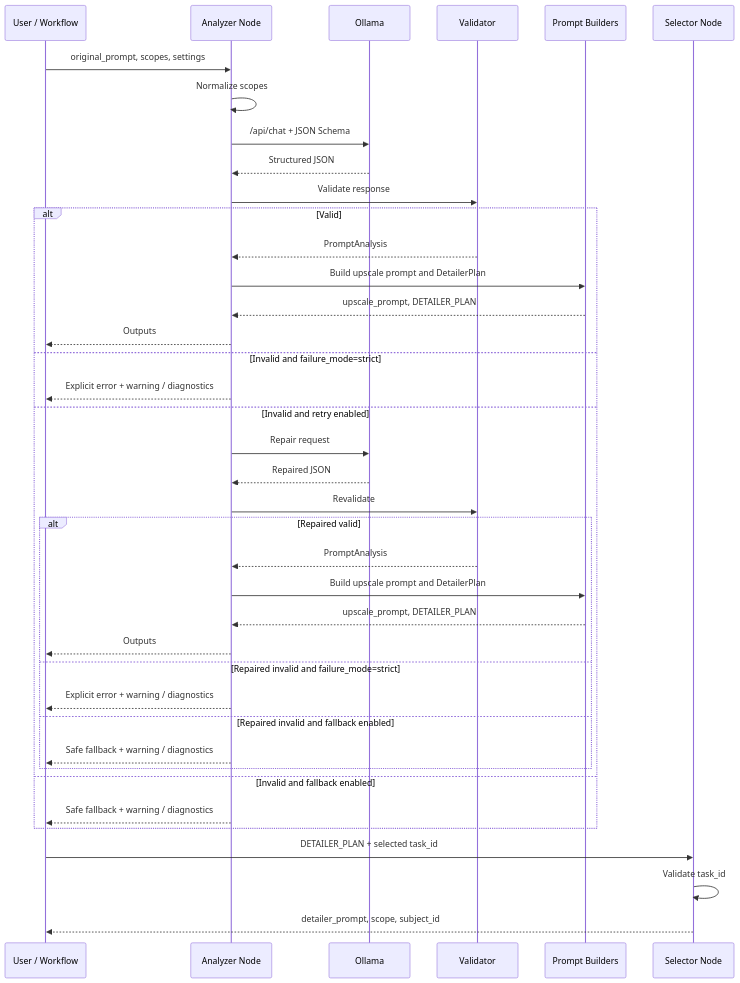
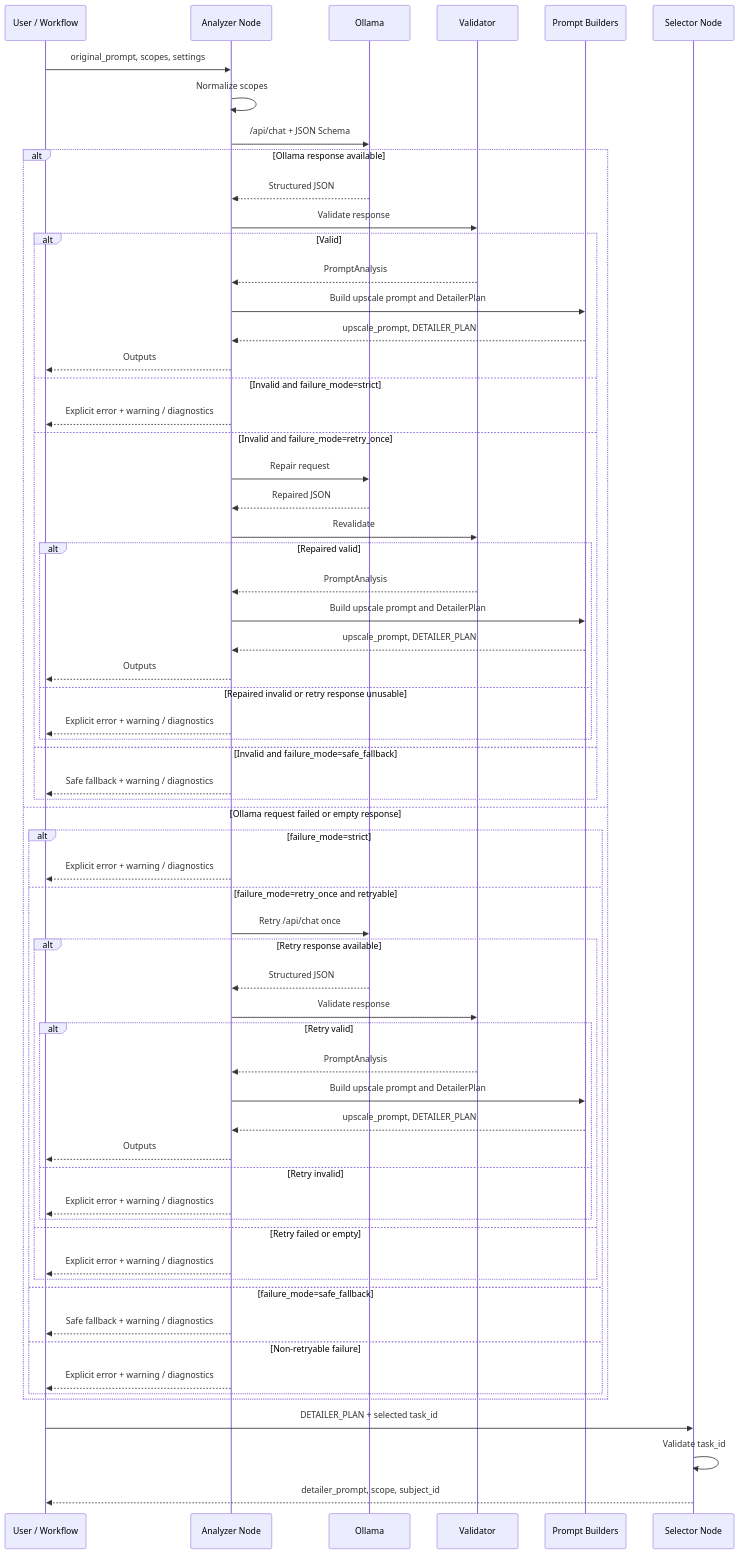
The third of 3 diagrams in docs/requirements/requirements-design-reference.md (beastmaniaxxx/ComfyUI-Prompt-Detailer-Router), drawn with Mermaid before and after one commit. The commit also changed other lines of this file, not shown here.

Commit message:
docs: requirements-design-reference.mdのLLM Text Processor互換に関する説明を更新し、JSON入力の区別を明確化

````diff
--- a/docs/requirements/requirements-design-reference.md
+++ b/docs/requirements/requirements-design-reference.md
@@ -907,43 +954,68 @@
 ```mermaid
 sequenceDiagram
     participant U as User / Workflow
     participant A as Analyzer Node
     participant O as Ollama
     participant V as Validator
     participant B as Prompt Builders
     participant S as Selector Node
 
     U->>A: original_prompt, scopes, settings
     A->>A: Normalize scopes
     A->>O: /api/chat + JSON Schema
-    O-->>A: Structured JSON
-    A->>V: Validate response
-    alt Valid
-        V-->>A: PromptAnalysis
-        A->>B: Build upscale prompt and DetailerPlan
-        B-->>A: upscale_prompt, DETAILER_PLAN
-        A-->>U: Outputs
-    else Invalid and failure_mode=strict
-        A-->>U: Explicit error + warning / diagnostics
-    else Invalid and retry enabled
-        A->>O: Repair request
-        O-->>A: Repaired JSON
-        A->>V: Revalidate
-        alt Repaired valid
+
+    alt Ollama response available
+        O-->>A: Structured JSON
+        A->>V: Validate response
+        alt Valid
             V-->>A: PromptAnalysis
             A->>B: Build upscale prompt and DetailerPlan
             B-->>A: upscale_prompt, DETAILER_PLAN
             A-->>U: Outputs
-        else Repaired invalid and failure_mode=strict
+        else Invalid and failure_mode=strict
             A-->>U: Explicit error + warning / diagnostics
-        else Repaired invalid and fallback enabled
+        else Invalid and failure_mode=retry_once
+            A->>O: Repair request
+            O-->>A: Repaired JSON
+            A->>V: Revalidate
+            alt Repaired valid
+                V-->>A: PromptAnalysis
+                A->>B: Build upscale prompt and DetailerPlan
+                B-->>A: upscale_prompt, DETAILER_PLAN
+                A-->>U: Outputs
+            else Repaired invalid or retry response unusable
+                A-->>U: Explicit error + warning / diagnostics
+            end
+        else Invalid and failure_mode=safe_fallback
             A-->>U: Safe fallback + warning / diagnostics
         end
-    else Invalid and fallback enabled
-        A-->>U: Safe fallback + warning / diagnostics
+    else Ollama request failed or empty response
+        alt failure_mode=strict
+            A-->>U: Explicit error + warning / diagnostics
+        else failure_mode=retry_once and retryable
+            A->>O: Retry /api/chat once
+            alt Retry response available
+                O-->>A: Structured JSON
+                A->>V: Validate response
+                alt Retry valid
+                    V-->>A: PromptAnalysis
+                    A->>B: Build upscale prompt and DetailerPlan
+                    B-->>A: upscale_prompt, DETAILER_PLAN
+                    A-->>U: Outputs
+                else Retry invalid
+                    A-->>U: Explicit error + warning / diagnostics
+                end
+            else Retry failed or empty
+                A-->>U: Explicit error + warning / diagnostics
+            end
+        else failure_mode=safe_fallback
+            A-->>U: Safe fallback + warning / diagnostics
+        else Non-retryable failure
+            A-->>U: Explicit error + warning / diagnostics
+        end
     end
 
     U->>S: DETAILER_PLAN + selected task_id
     S->>S: Validate task_id
     S-->>U: detailer_prompt, scope, subject_id
 ```
````
